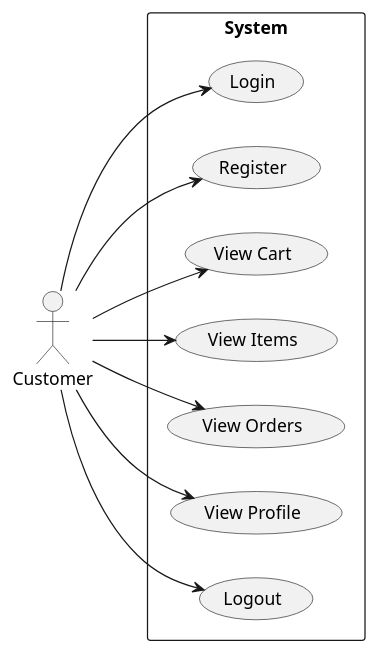
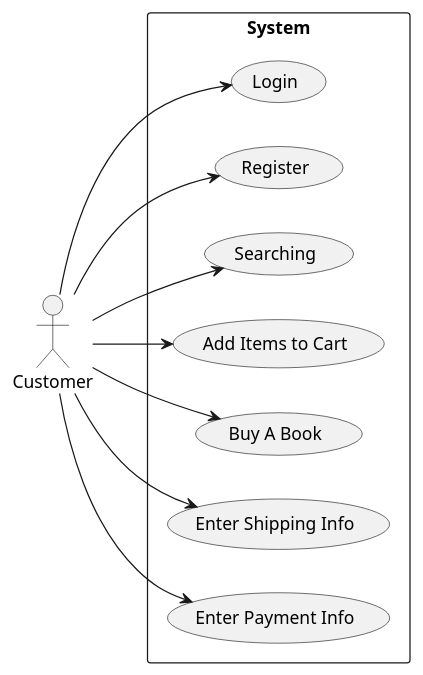
One commit to StephenButters13/onlineStore changed the second of 3 diagrams in diagrams.md. Above: the diagram before and after it, drawn with PlantUML. The commit also changed 42 other files, not shown here.

````diff
--- a/diagrams.md
+++ b/diagrams.md
@@ -84,22 +84,22 @@
 ```plantuml
 @startuml customer
 left to right direction
 actor Customer
 rectangle "System" as system {
   (Login)
   (Register)
-  (View Cart)
-  (View Items)
-  (View Orders)
-  (View Profile)
-  (Logout)
+  (Searching)
+  (Add Items to Cart)
+  (Buy A Book)
+  (Enter Shipping Info)
+  (Enter Payment Info)
 }
 Customer --> (Login)
-Customer --> (Register)
-Customer --> (View Cart)
-Customer --> (View Items)
-Customer --> (View Orders)
-Customer --> (View Profile)
-Customer --> (Logout)
+Customer -->  (Register)
+Customer -->  (Searching)
+Customer -->  (Add Items to Cart)
+Customer -->  (Buy A Book)
+Customer -->  (Enter Shipping Info)
+Customer -->  (Enter Payment Info)
 @enduml
 ```
````
